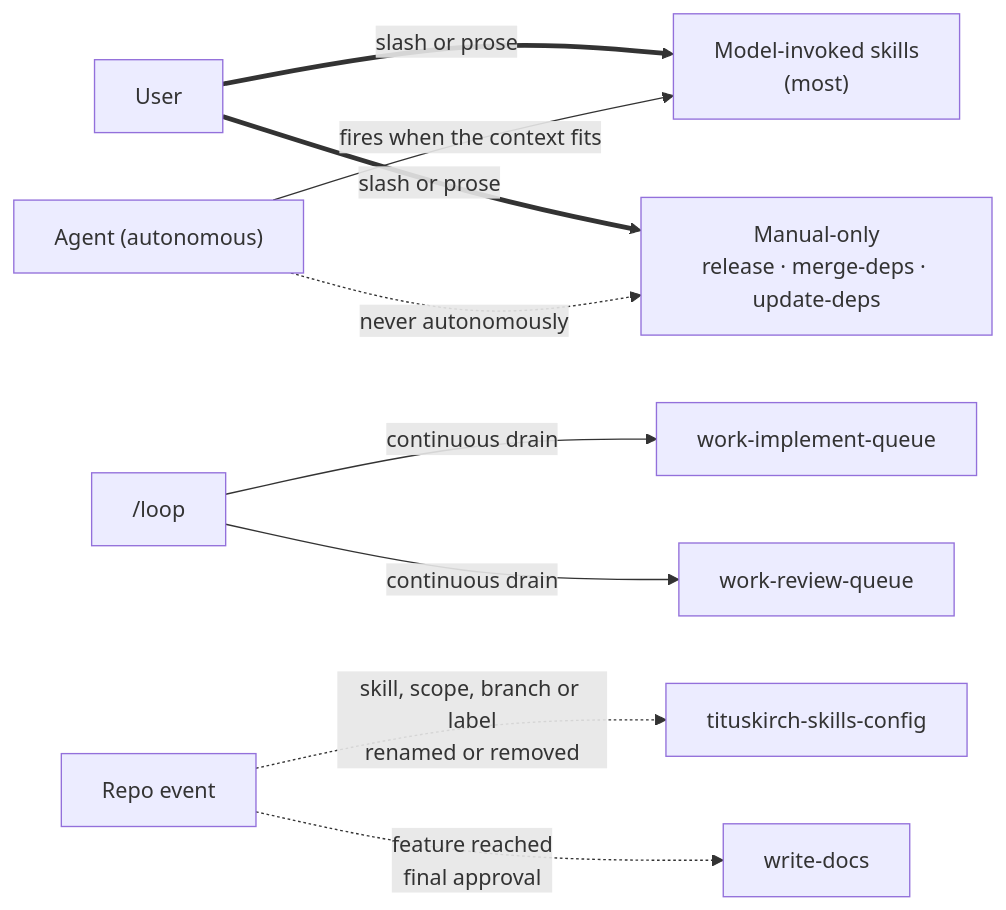
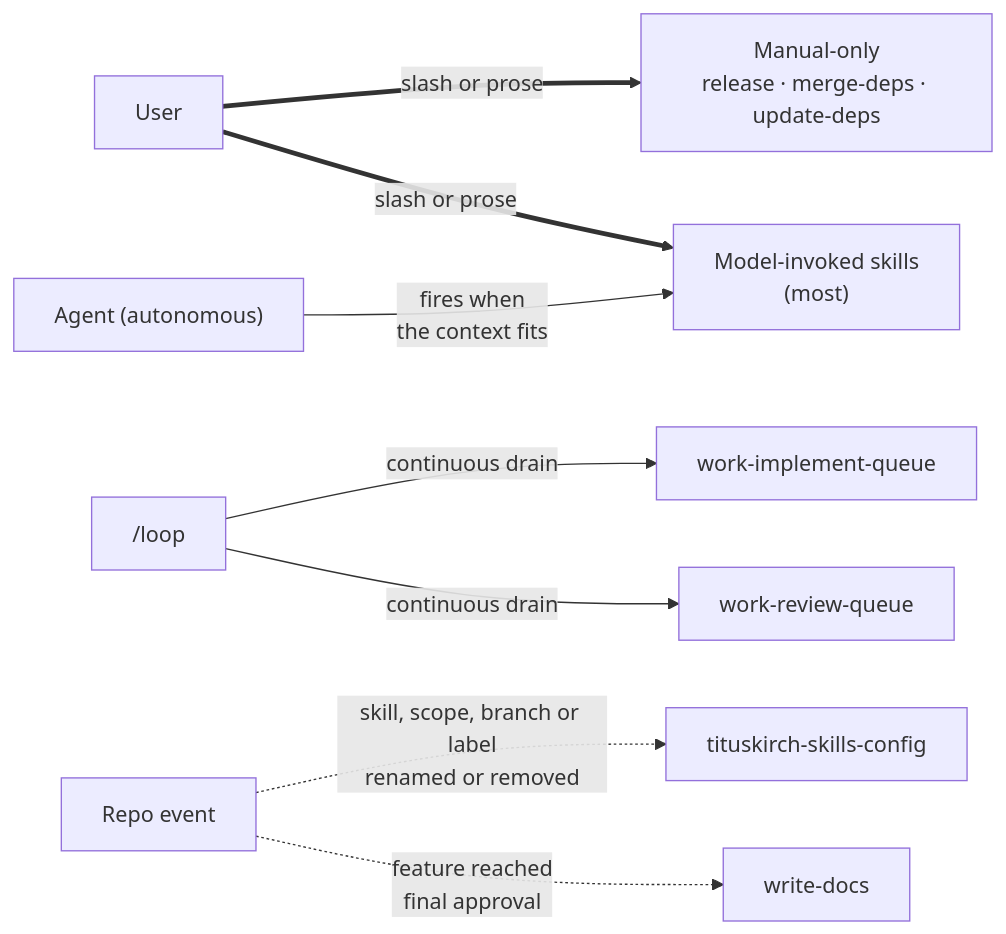
Before and after one commit to TitusKirch/skills: the first of 3 diagrams in docs/3.concepts/1.skill-interplay.md, drawn with Mermaid. The commit also changed other lines of this file and 2 other files, not shown here.

First line of the commit message:
docs: order diagram nodes so no edges cross

````diff
--- a/docs/3.concepts/1.skill-interplay.md
+++ b/docs/3.concepts/1.skill-interplay.md
@@ -27,23 +27,22 @@
 ```mermaid
 flowchart LR
   U["User"]
   AG["Agent (autonomous)"]
   LOOP["/loop"]
   EV["Repo event"]
 
+  MO["Manual-only<br/>release · merge-deps · update-deps"]
   MI["Model-invoked skills<br/>(most)"]
-  MO["Manual-only<br/>release · merge-deps · update-deps"]
   WIQ["work-implement-queue"]
   WRQ["work-review-queue"]
   CFG["tituskirch-skills-config"]
   WD["write-docs"]
 
+  U ==>|"slash or prose"| MO
   U ==>|"slash or prose"| MI
-  U ==>|"slash or prose"| MO
-  AG -->|"fires when the context fits"| MI
-  AG -.->|"never autonomously"| MO
+  AG -->|"fires when<br/>the context fits"| MI
   LOOP -->|"continuous drain"| WIQ
   LOOP -->|"continuous drain"| WRQ
   EV -.->|"skill, scope, branch or label<br/>renamed or removed"| CFG
   EV -.->|"feature reached<br/>final approval"| WD
 ```
````
